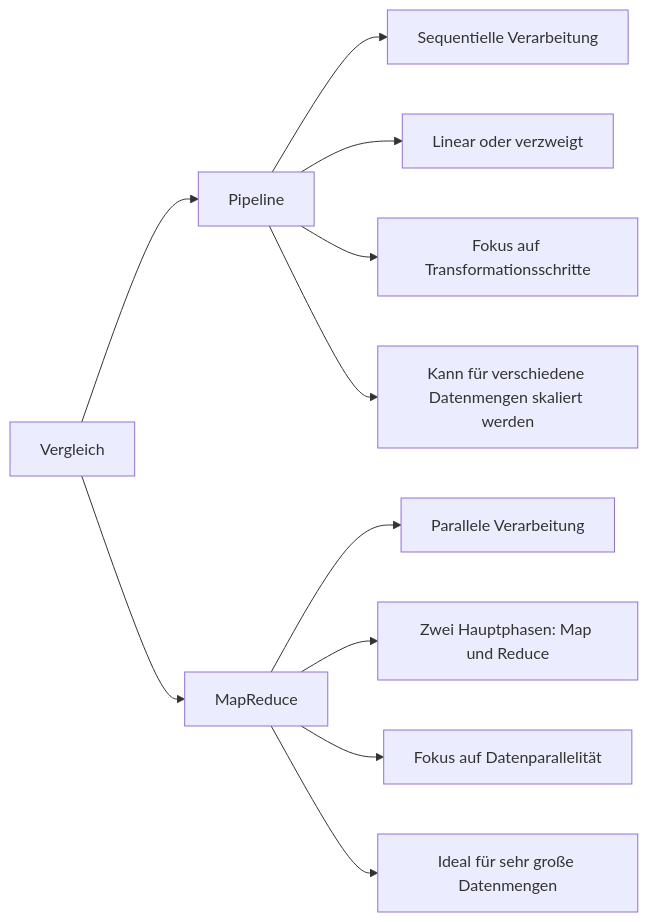
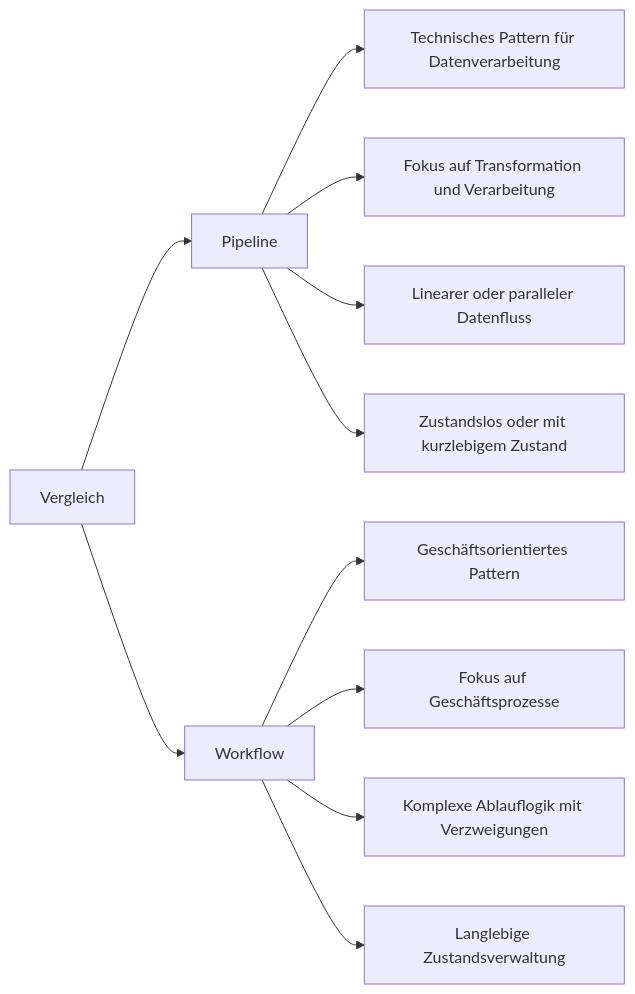
Before and after one commit to scimbe/VS_Pattern_By_KI: the sixth of 13 diagrams in Pipeline/docs/PATTERNS_COMPARISON.md, drawn with Mermaid. The commit also changed other lines of this file and 19 other files, not shown here.

````diff
--- a/Pipeline/docs/PATTERNS_COMPARISON.md
+++ b/Pipeline/docs/PATTERNS_COMPARISON.md
@@ -108,15 +112,15 @@
 ```mermaid
 flowchart LR
     A[Vergleich] --> B[Pipeline]
-    A --> C[MapReduce]
+    A --> C[Workflow]
     
-    B --> B1["Sequentielle Verarbeitung"]
-    B --> B2["Linear oder verzweigt"]
-    B --> B3["Fokus auf Transformationsschritte"]
-    B --> B4["Kann für verschiedene Datenmengen skaliert werden"]
+    B --> B1["Technisches Pattern für Datenverarbeitung"]
+    B --> B2["Fokus auf Transformation und Verarbeitung"]
+    B --> B3["Linearer oder paralleler Datenfluss"]
+    B --> B4["Zustandslos oder mit kurzlebigem Zustand"]
     
-    C --> C1["Parallele Verarbeitung"]
-    C --> C2["Zwei Hauptphasen: Map und Reduce"]
-    C --> C3["Fokus auf Datenparallelität"]
-    C --> C4["Ideal für sehr große Datenmengen"]
+    C --> C1["Geschäftsorientiertes Pattern"]
+    C --> C2["Fokus auf Geschäftsprozesse"]
+    C --> C3["Komplexe Ablauflogik mit Verzweigungen"]
+    C --> C4["Langlebige Zustandsverwaltung"]
 ```
````
